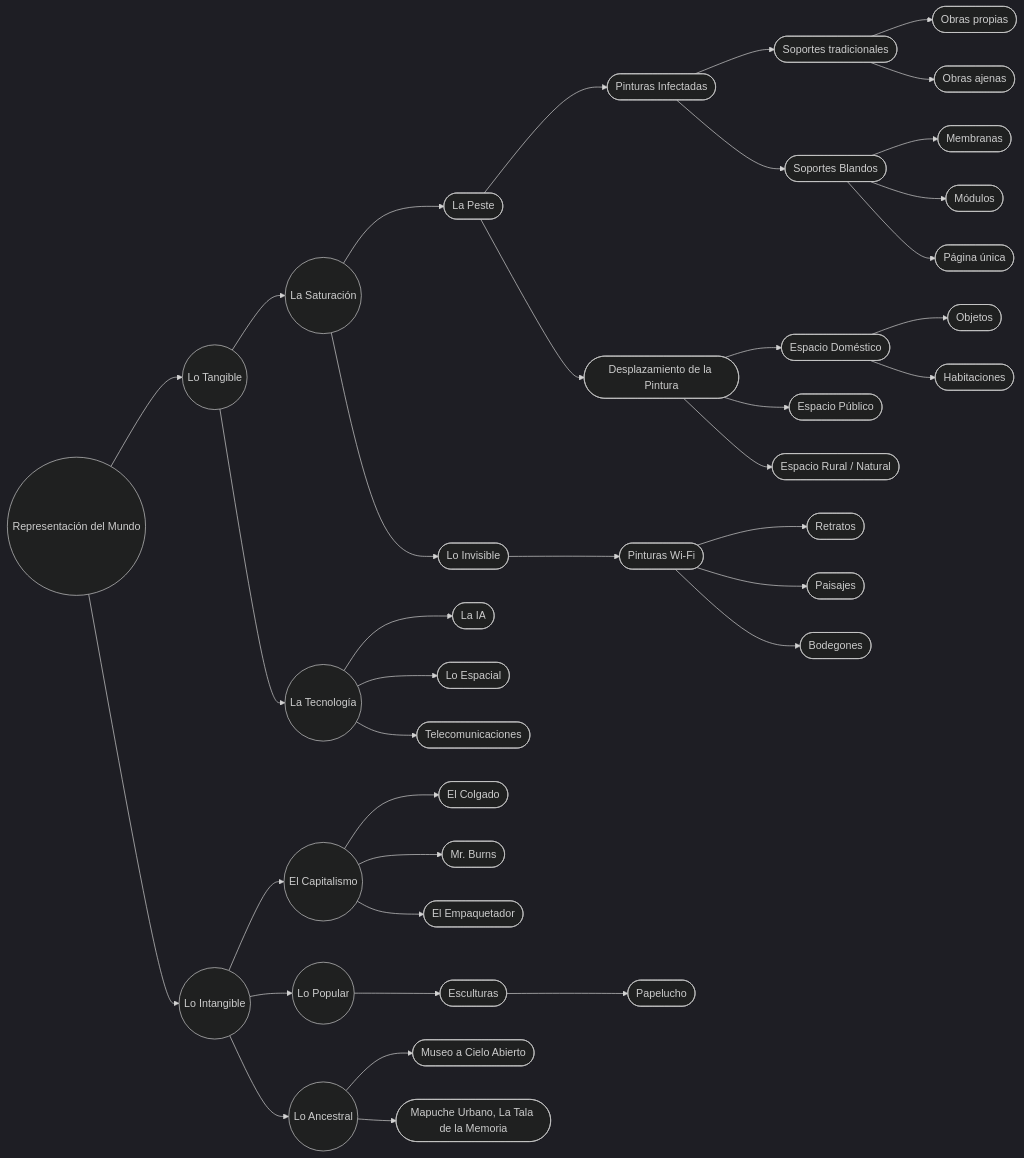
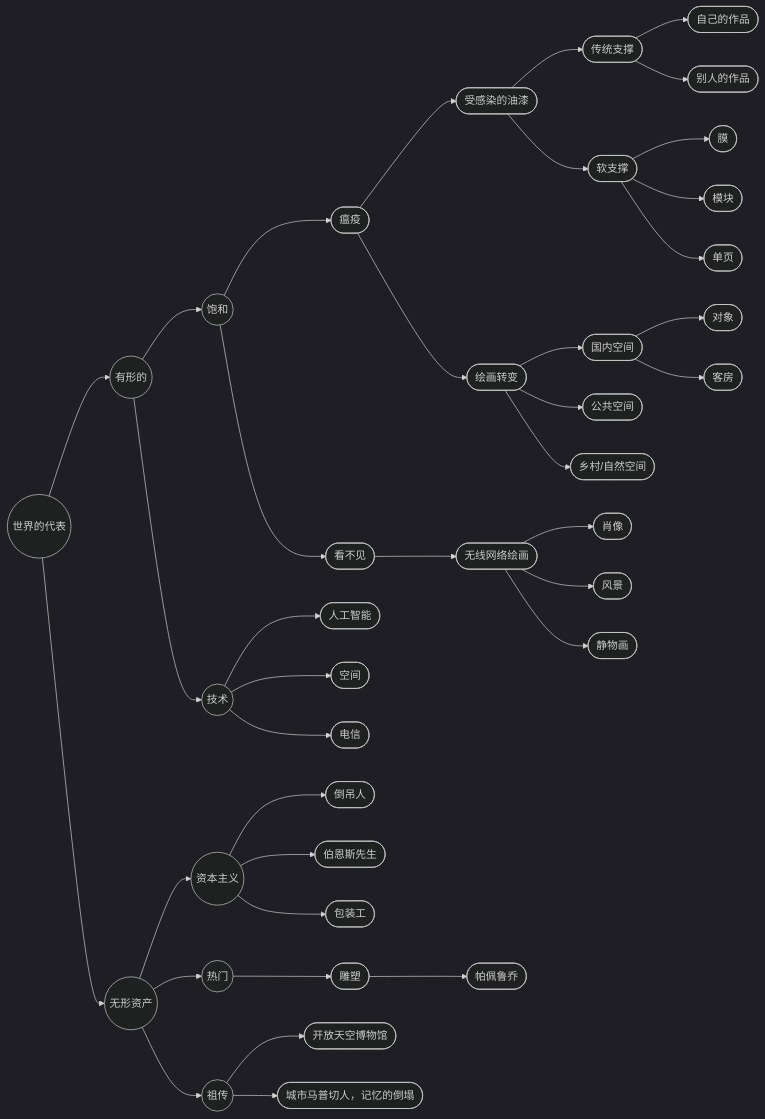
Before and after one commit to EGGS-Artesvisuales/EGGS-Artesvisuales.github.io: the first of 3 diagrams in CHN/diagrama.md, drawn with Mermaid (dark theme). The commit also changed other lines of this file and 43 other files, not shown here.

```diff
--- a/CHN/diagrama.md
+++ b/CHN/diagrama.md
@@ -31,107 +31,107 @@
 <div class="mermaid">
 graph LR
-  A((Representación del Mundo)) --> A1((Lo Tangible))
-  A --> A2((Lo Intangible))
+  A((世界的代表)) --> A1((有形的))
+  A --> A2((无形资产))
 
-  A1 --> A1a((La Saturación))
-  A1a --> A1a1([La Peste])
-  A1a1 --> A1a1a([Pinturas Infectadas])
-  A1a1a --> A1a1a1([Soportes tradicionales])
-  A1a1a --> A1a1a2([Soportes Blandos])
+  A1 --> A1a((饱和))
+  A1a --> A1a1([瘟疫])
+  A1a1 --> A1a1a([受感染的油漆])
+  A1a1a --> A1a1a1([传统支撑])
+  A1a1a --> A1a1a2([软支撑])
 
   %% HIJOS: Soportes tradicionales
-  A1a1a1 --> ST_OP([Obras propias])
-  A1a1a1 --> ST_OA([Obras ajenas])
+  A1a1a1 --> ST_OP([自己的作品])
+  A1a1a1 --> ST_OA([别人的作品])
 
   %% HIJOS: Soportes blandos
-  A1a1a2 --> SB_MEM([Membranas])
-  A1a1a2 --> SB_MOD([Módulos])
-  A1a1a2 --> SB_PU([Página única])
+  A1a1a2 --> SB_MEM([膜])
+  A1a1a2 --> SB_MOD([模块])
+  A1a1a2 --> SB_PU([单页])
 
-  A1a1 --> A1a1b([Desplazamiento de la Pintura])
-  A1a1b --> A1a1b1([Espacio Doméstico])
-  A1a1b --> A1a1b2([Espacio Público])
-  A1a1b --> A1a1b3([Espacio Rural / Natural])
+  A1a1 --> A1a1b([绘画转变])
+  A1a1b --> A1a1b1([国内空间])
+  A1a1b --> A1a1b2([公共空间])
+  A1a1b --> A1a1b3([乡村/自然空间])
 
   %% HIJOS: Espacio doméstico
-  A1a1b1 --> ED_OBJ([Objetos])
-  A1a1b1 --> ED_HAB([Habitaciones])
+  A1a1b1 --> ED_OBJ([对象])
+  A1a1b1 --> ED_HAB([客房])
 
-  A1a --> A1a2([Lo Invisible])
-  A1a2 --> A1a2a([Pinturas Wi-Fi])
+  A1a --> A1a2([看不见])
+  A1a2 --> A1a2a([无线网络绘画])
 
   %% HIJOS: Pinturas Wi-Fi
-  A1a2a --> PW_RET([Retratos])
-  A1a2a --> PW_PAI([Paisajes])
-  A1a2a --> PW_BOD([Bodegones])
+  A1a2a --> PW_RET([肖像])
+  A1a2a --> PW_PAI([风景])
+  A1a2a --> PW_BOD([静物画])
 
-  A1 --> A1b((La Tecnología))
-  A1b --> A1b1([La IA])
-  A1b --> A1b2([Lo Espacial])
-  A1b --> A1b3([Telecomunicaciones])
+  A1 --> A1b((技术))
+  A1b --> A1b1([人工智能])
+  A1b --> A1b2([空间])
+  A1b --> A1b3([电信])
 
-  A2 --> A2a((El Capitalismo))
-  A2a --> A2a1([El Colgado])
-  A2a --> A2a2([Mr. Burns])
-  A2a --> A2a3([El Empaquetador])
+  A2 --> A2a((资本主义))
+  A2a --> A2a1([倒吊人])
+  A2a --> A2a2([伯恩斯先生])
+  A2a --> A2a3([包装工])
 
-  A2 --> A2b((Lo Popular))
-  A2b --> A2b1([Esculturas])
-  A2b1 --> A2b1a([Papelucho])
+  A2 --> A2b((热门))
+  A2b --> A2b1([雕塑])
+  A2b1 --> A2b1a([帕佩鲁乔])
 
-  A2 --> A2c((Lo Ancestral))
-  A2c --> A2c1([Museo a Cielo Abierto])
-  A2c --> A2c2([Mapuche Urbano, La Tala de la Memoria])
+  A2 --> A2c((祖传))
+  A2c --> A2c1([开放天空博物馆])
+  A2c --> A2c2([城市马普切人，记忆的倒塌])
 
-  %% Enlaces (existentes)
-  click A "mundo-exterior.html" "Ir a Representación del Mundo"
-  click A1 "tangible.html" "Ir a Lo Tangible"
-  click A2 "intangible.html" "Ir a Lo Intangible"
-  click A1a "saturacion.html" "Ir a La Saturación"
-  click A1a1 "la-peste.html" "Ir a La Peste"
-  click A1a1a "/CHN/peste-pinturas-infectadas.html" "Ir a Pinturas infectadas"
-  click A1a1b "desplazamiento-pintura.html" "Ir a Desplazamiento de la Pintura"
-  click A1a1b1 "/CHN/espacio-domestico.html" "Ir a Espacio Doméstico"
-  click A1a1b2 "/CHN/espacio-publico.html" "Ir a Espacio Público"
-  click A1a1b3 "/CHN/espacio-rural.html" "Ir a Espacio Rural / Natural"
-  click A1a2 "lo-invisible.html" "Ir a Lo Invisible"
-  click A2c1 "musoe-a-cielo-abierto.html" "Ir a Museo a Cielo Abierto"
+  %% Enlaces (现存的)
+  click A "mundo-exterior.html" "前往世界代表"
+  click A1 "tangible.html" "走向有形"
+  click A2 "intangible.html" "走向无形"
+  click A1a "saturacion.html" "转到饱和度"
+  click A1a1 "la-peste.html" "前往瘟疫"
+  click A1a1a "/CHN/peste-pinturas-infectadas.html" "前往受感染的画作"
+  click A1a1b "desplazamiento-pintura.html" "转到绘画变换"
+  click A1a1b1 "/CHN/espacio-domestico.html" "前往国内空间"
+  click A1a1b2 "/CHN/espacio-publico.html" "前往公共空间"
+  click A1a1b3 "/CHN/espacio-rural.html" "前往乡村/自然空间"
+  click A1a2 "lo-invisible.html" "前往看不见的地方"
+  click A2c1 "musoe-a-cielo-abierto.html" "前往开放天空博物馆"
 
-  %% Enlaces a secciones internas (anchors) ya existentes
+  %% Enlaces a secciones internas (锚点) ya existentes
 
   %% Pinturas Infectadas: Soportes tradicionales + hijos
-  click A1a1a1 "/CHN/peste-pinturas-infectadas.html#soportes-tradicionales" "Ir a Soportes tradicionales"
-  click ST_OP "/CHN/peste-pinturas-infectadas.html#producciones" "Ir a Obras propias"
-  click ST_OA "/CHN/peste-pinturas-infectadas.html#intervenciones" "Ir a Obras ajenas"
+  click A1a1a1 "/CHN/peste-pinturas-infectadas.html#soportes-tradicionales" "转到传统支持"
+  click ST_OP "/CHN/peste-pinturas-infectadas.html#producciones" "前往自己的作品"
+  click ST_OA "/CHN/peste-pinturas-infectadas.html#intervenciones" "去看别人的作品"
 
   %% Pinturas Infectadas: Soportes blandos + hijos
-  click A1a1a2 "/CHN/peste-pinturas-infectadas.html#soportes-blandos" "Ir a Soportes blandos"
-  click SB_MEM "/CHN/peste-pinturas-infectadas.html#membranas" "Ir a Membranas"
-  click SB_MOD "/CHN/peste-pinturas-infectadas.html#modulos" "Ir a Módulos"
-  click SB_PU "/CHN/peste-pinturas-infectadas.html#unidades" "Ir a Página única"
+  click A1a1a2 "/CHN/peste-pinturas-infectadas.html#soportes-blandos" "访问 软支撑"
+  click SB_MEM "/CHN/peste-pinturas-infectadas.html#membranas" "前往膜"
+  click SB_MOD "/CHN/peste-pinturas-infectadas.html#modulos" "转到模块"
+  click SB_PU "/CHN/peste-pinturas-infectadas.html#unidades" "转到单页"
 
   %% Espacio doméstico: Objetos / Habitaciones
-  click ED_OBJ "/CHN/espacio-domestico.html#objetos" "Ir a Objetos"
-  click ED_HAB "/CHN/espacio-domestico.html#habitaciones" "Ir a Habitaciones"
+  click ED_OBJ "/CHN/espacio-domestico.html#objetos" "转到对象"
+  click ED_HAB "/CHN/espacio-domestico.html#habitaciones" "前往客房"
 
   %% Pinturas Wi-Fi: página + secciones
-  click A1a2a "/CHN/pinturas-wifi.html" "Ir a Pinturas Wi-Fi"
-  click PW_RET "/CHN/pinturas-wifi.html#retratos" "Ir a Retratos"
-  click PW_PAI "/CHN/pinturas-wifi.html#paisajes" "Ir a Paisajes"
-  click PW_BOD "/CHN/pinturas-wifi.html#bodegones" "Ir a Bodegones"
+  click A1a2a "/CHN/pinturas-wifi.html" "前往 Wi-Fi 绘画"
+  click PW_RET "/CHN/pinturas-wifi.html#retratos" "前往肖像"
+  click PW_PAI "/CHN/pinturas-wifi.html#paisajes" "前往风景"
+  click PW_BOD "/CHN/pinturas-wifi.html#bodegones" "前往博德戈内斯"
 
   %% Enlaces (no existentes aún -> en construcción)
-  click A1b "en-construccion.html" "En construcción"
-  click A1b1 "en-construccion.html" "En construcción"
-  click A1b2 "en-construccion.html" "En construcción"
-  click A1b3 "en-construccion.html" "En construcción"
-  click A2a "en-construccion.html" "En construcción"
-  click A2a1 "en-construccion.html" "En construcción"
-  click A2a2 "en-construccion.html" "En construcción"
-  click A2a3 "en-construccion.html" "En construcción"
-  click A2b "en-construccion.html" "En construcción"
-  click A2b1 "en-construccion.html" "En construcción"
-  click A2b1a "en-construccion.html" "En construcción"
-  click A2c "en-construccion.html" "En construcción"
-  click A2c2 "en-construccion.html" "En construcción"
+  click A1b "en-construccion.html" "建设中"
+  click A1b1 "en-construccion.html" "建设中"
+  click A1b2 "en-construccion.html" "建设中"
+  click A1b3 "en-construccion.html" "建设中"
+  click A2a "en-construccion.html" "建设中"
+  click A2a1 "en-construccion.html" "建设中"
+  click A2a2 "en-construccion.html" "建设中"
+  click A2a3 "en-construccion.html" "建设中"
+  click A2b "en-construccion.html" "建设中"
+  click A2b1 "en-construccion.html" "建设中"
+  click A2b1a "en-construccion.html" "建设中"
+  click A2c "en-construccion.html" "建设中"
+  click A2c2 "en-construccion.html" "建设中"
 </div>
```
